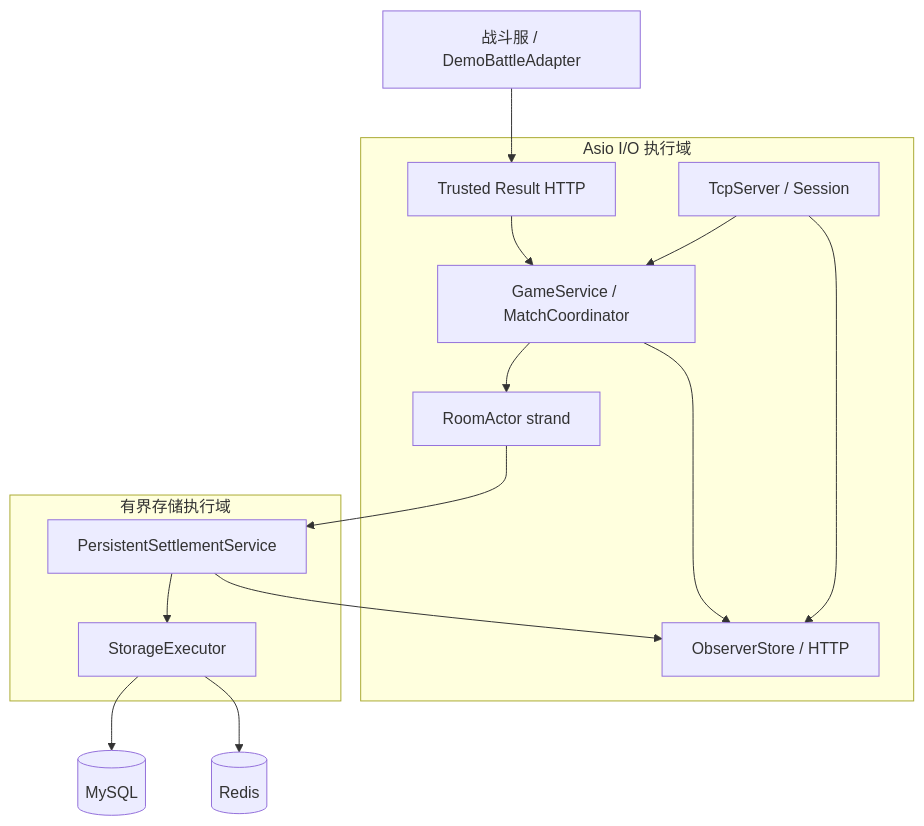
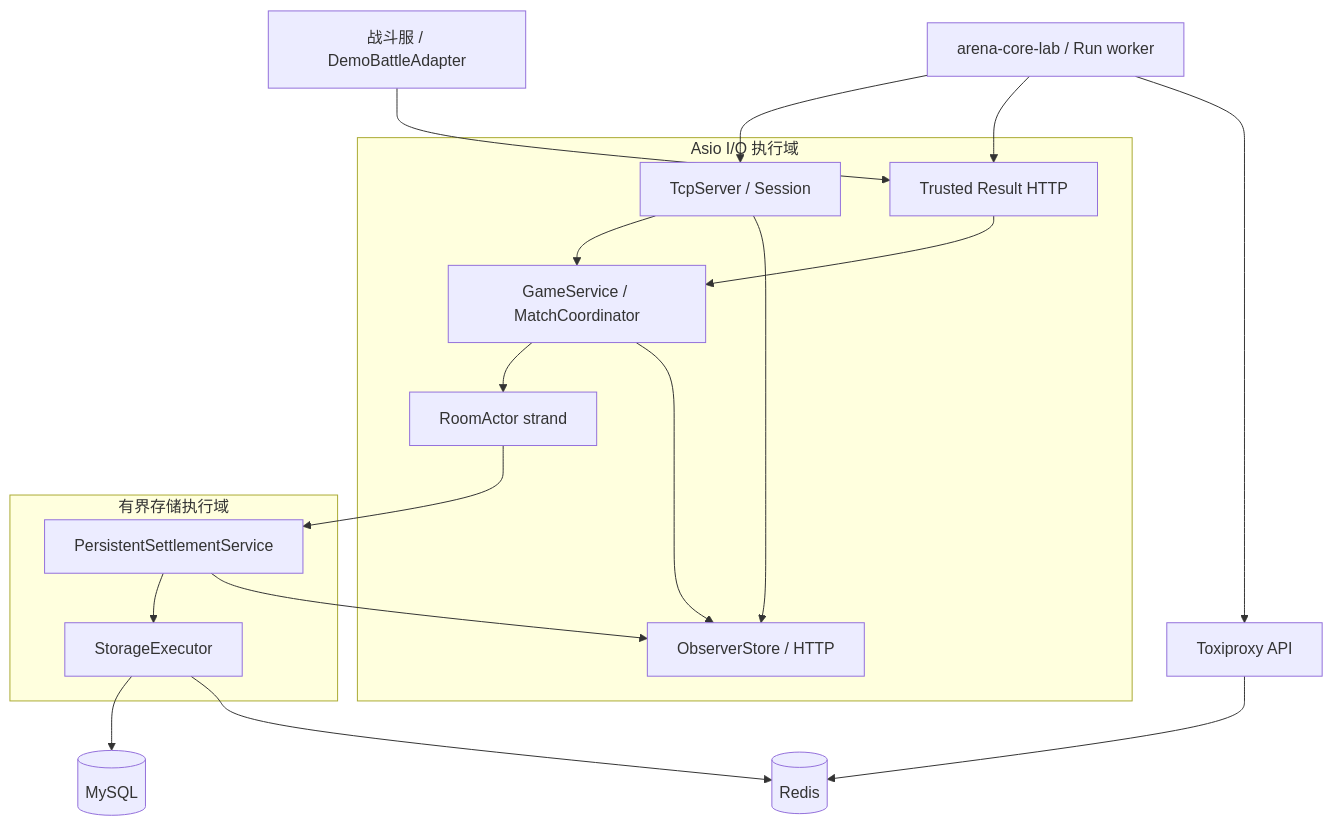
One commit to jingjie2002/arena-core-server changed the first of 2 diagrams in docs/architecture.md. Above: the diagram before and after it, drawn with Mermaid. The commit also changed other lines of this file and 77 other files, not shown here.

````diff
--- a/docs/architecture.md
+++ b/docs/architecture.md
@@ -7,25 +7,29 @@
 ```mermaid
 flowchart TB
   subgraph IO["Asio I/O 执行域"]
     TCP["TcpServer / Session"]
     GAME["GameService / MatchCoordinator"]
     ROOM["RoomActor strand"]
     RESULT["Trusted Result HTTP"]
     OBS["ObserverStore / HTTP"]
   end
   subgraph STORAGE["有界存储执行域"]
     EXEC["StorageExecutor"]
     SETTLE["PersistentSettlementService"]
   end
   TCP --> GAME
   GAME --> ROOM
   ADAPTER["战斗服 / DemoBattleAdapter"] --> RESULT
   RESULT --> GAME
   ROOM --> SETTLE
   SETTLE --> EXEC
   EXEC --> MYSQL[("MySQL")]
   EXEC --> REDIS[("Redis")]
   TCP --> OBS
   GAME --> OBS
   SETTLE --> OBS
+  LAB["arena-core-lab / Run worker"] --> TCP
+  LAB --> RESULT
+  LAB --> TOXI["Toxiproxy API"]
+  TOXI --> REDIS
 ```
````
